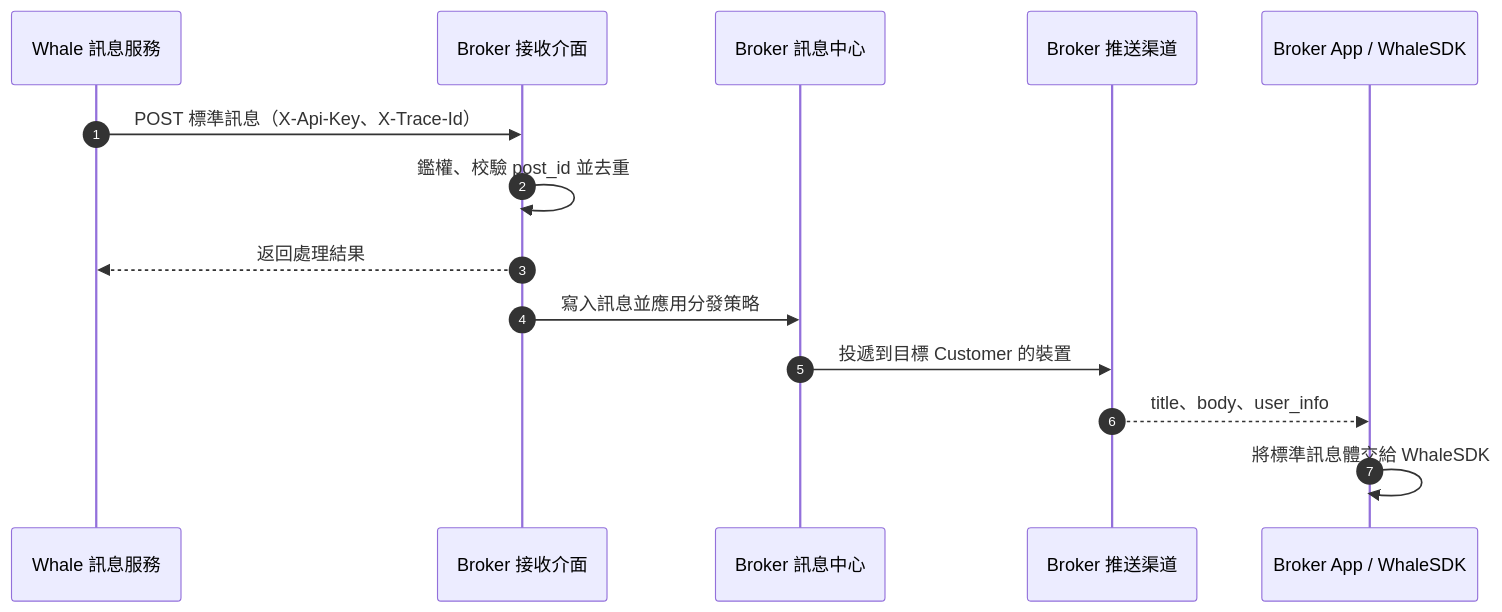
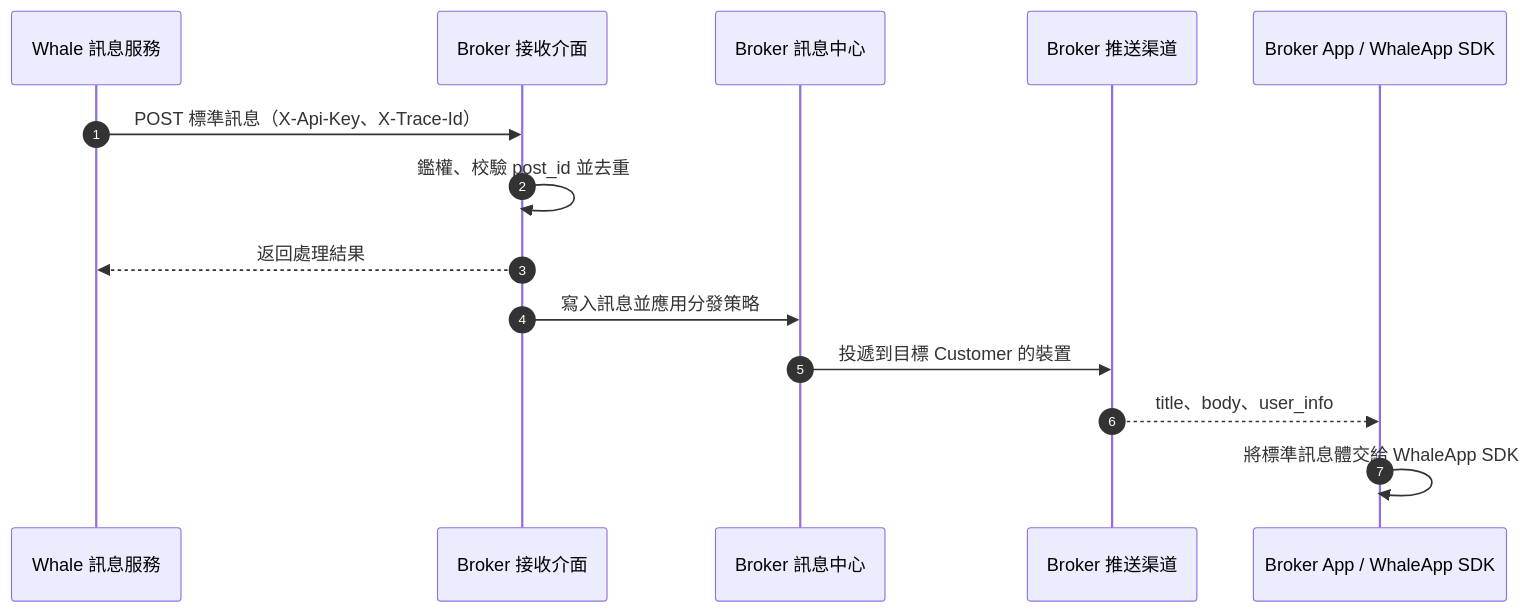
Before and after one commit to longbridge/whale-docs: the second of 2 diagrams in zh-Hant/docs/message-push.mdx, drawn with Mermaid. The commit also changed other lines of this file and 50 other files, not shown here.

Commit message:
docs: define Whale SDK product hierarchy

````diff
--- a/zh-Hant/docs/message-push.mdx
+++ b/zh-Hant/docs/message-push.mdx
@@ -92,17 +92,17 @@
 ```mermaid
 sequenceDiagram
     autonumber
     participant Whale as Whale 訊息服務
     participant Endpoint as Broker 接收介面
     participant Center as Broker 訊息中心
     participant Channel as Broker 推送渠道
-    participant App as Broker App / WhaleSDK
+    participant App as Broker App / WhaleApp SDK
 
     Whale->>Endpoint: POST 標準訊息（X-Api-Key、X-Trace-Id）
     Endpoint->>Endpoint: 鑑權、校驗 post_id 並去重
     Endpoint-->>Whale: 返回處理結果
     Endpoint->>Center: 寫入訊息並應用分發策略
     Center->>Channel: 投遞到目標 Customer 的裝置
     Channel-->>App: title、body、user_info
-    App->>App: 將標準訊息體交給 WhaleSDK
+    App->>App: 將標準訊息體交給 WhaleApp SDK
 ```
````
